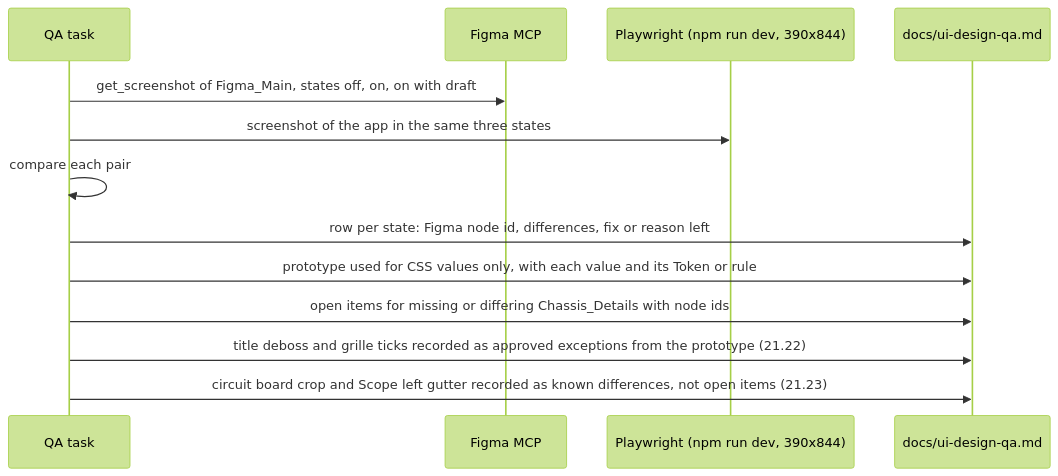
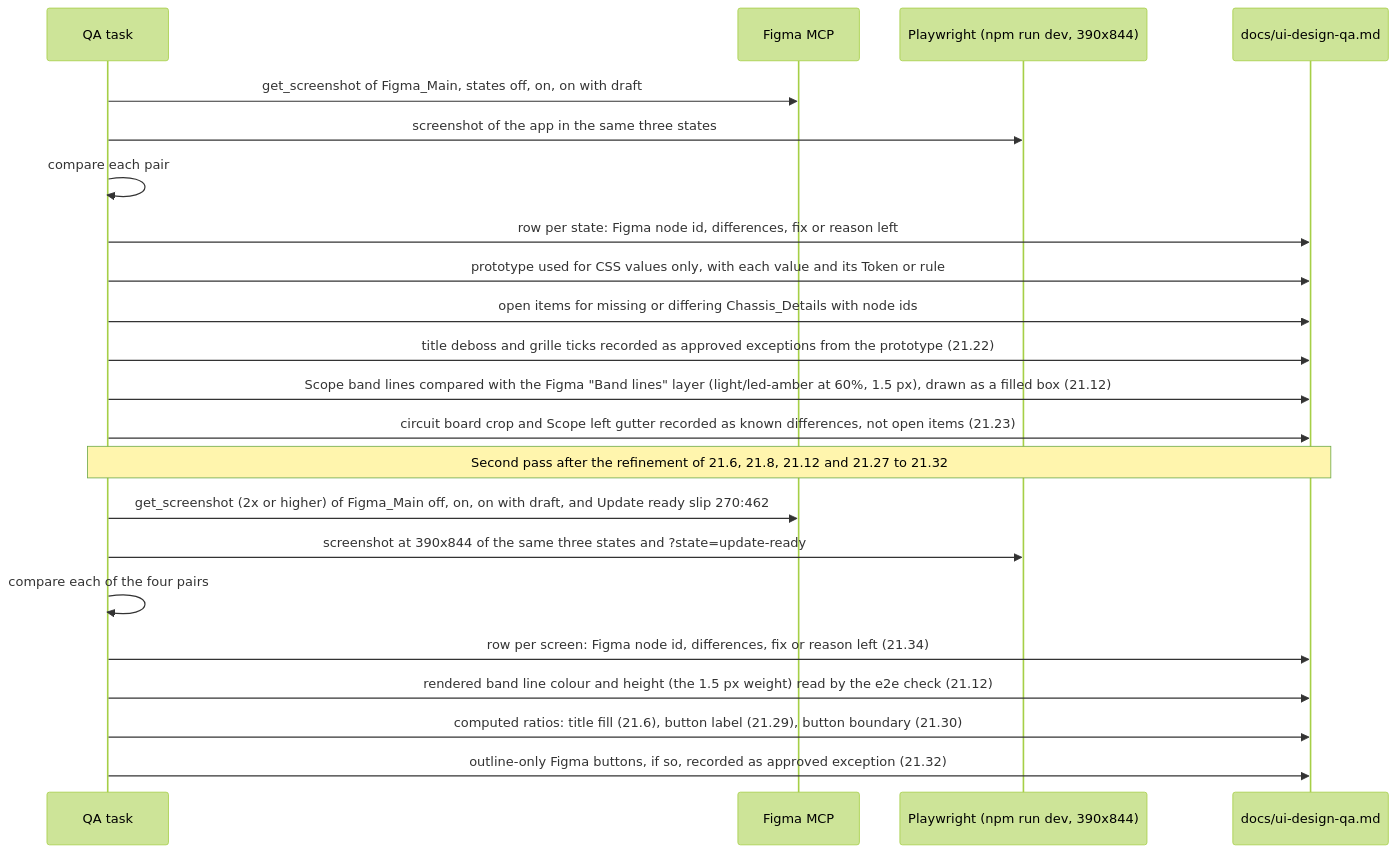
Before and after one commit to BlueSkiez-dev/dial-tone: the fourth of 4 diagrams in .kiro/specs/ui-shell/design.md, drawn with Mermaid (forest theme). The commit also changed other lines of this file and 36 other files, not shown here.

Commit message:
ui-shell: title contrast, update slip, band lines, fluid device width (tasks 9.9–10.1)

````diff
--- a/.kiro/specs/ui-shell/design.md
+++ b/.kiro/specs/ui-shell/design.md
@@ -614,15 +636,24 @@
 ```mermaid
 sequenceDiagram
     participant Q as QA task
     participant F as Figma MCP
     participant P as Playwright (npm run dev, 390x844)
     participant D as docs/ui-design-qa.md
     Q->>F: get_screenshot of Figma_Main, states off, on, on with draft
     Q->>P: screenshot of the app in the same three states
     Q->>Q: compare each pair
     Q->>D: row per state: Figma node id, differences, fix or reason left
     Q->>D: prototype used for CSS values only, with each value and its Token or rule
     Q->>D: open items for missing or differing Chassis_Details with node ids
     Q->>D: title deboss and grille ticks recorded as approved exceptions from the prototype (21.22)
+    Q->>D: Scope band lines compared with the Figma "Band lines" layer (light/led-amber at 60%, 1.5 px), drawn as a filled box (21.12)
     Q->>D: circuit board crop and Scope left gutter recorded as known differences, not open items (21.23)
+    Note over Q,D: Second pass after the refinement of 21.6, 21.8, 21.12 and 21.27 to 21.32
+    Q->>F: get_screenshot (2x or higher) of Figma_Main off, on, on with draft, and Update ready slip 270:462
+    Q->>P: screenshot at 390x844 of the same three states and ?state=update-ready
+    Q->>Q: compare each of the four pairs
+    Q->>D: row per screen: Figma node id, differences, fix or reason left (21.34)
+    Q->>D: rendered band line colour and height (the 1.5 px weight) read by the e2e check (21.12)
+    Q->>D: computed ratios: title fill (21.6), button label (21.29), button boundary (21.30)
+    Q->>D: outline-only Figma buttons, if so, recorded as approved exception (21.32)
 ```
````
